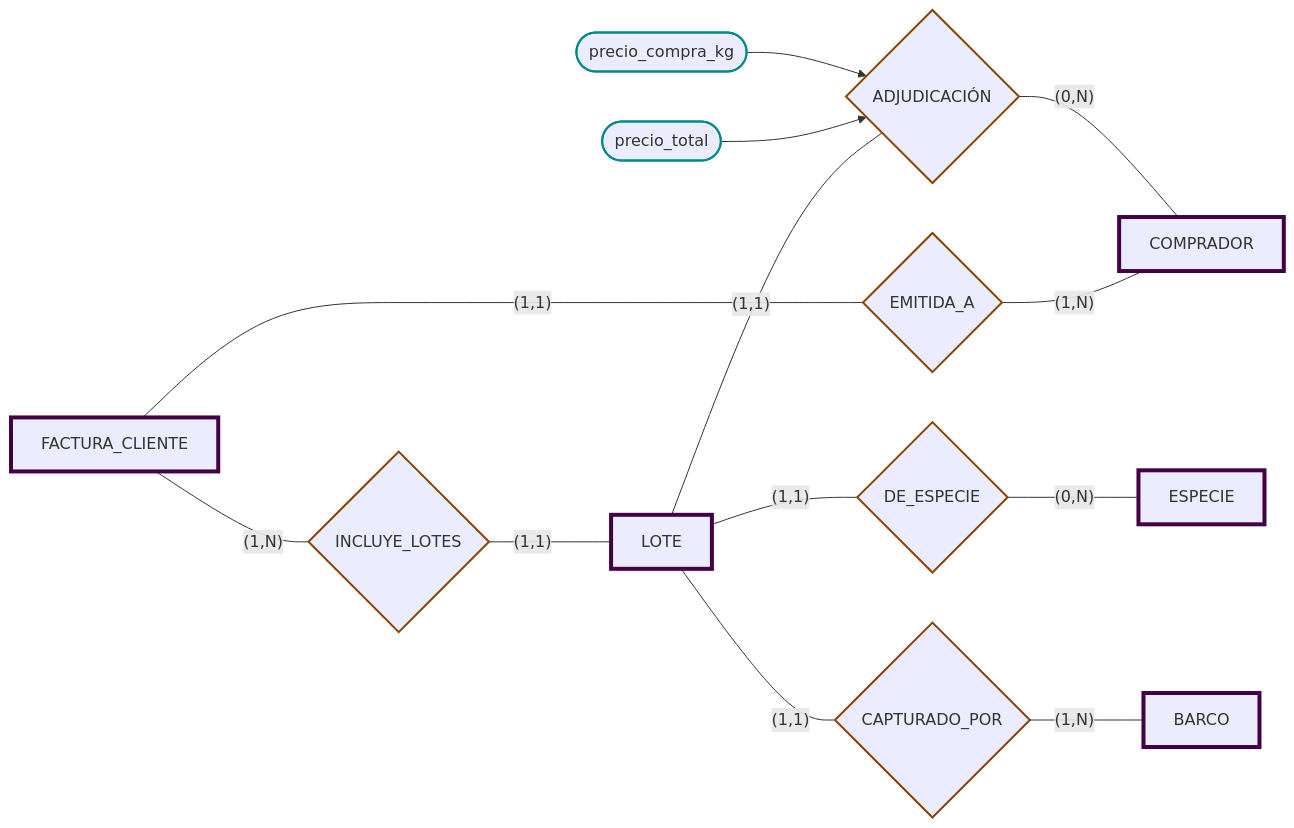
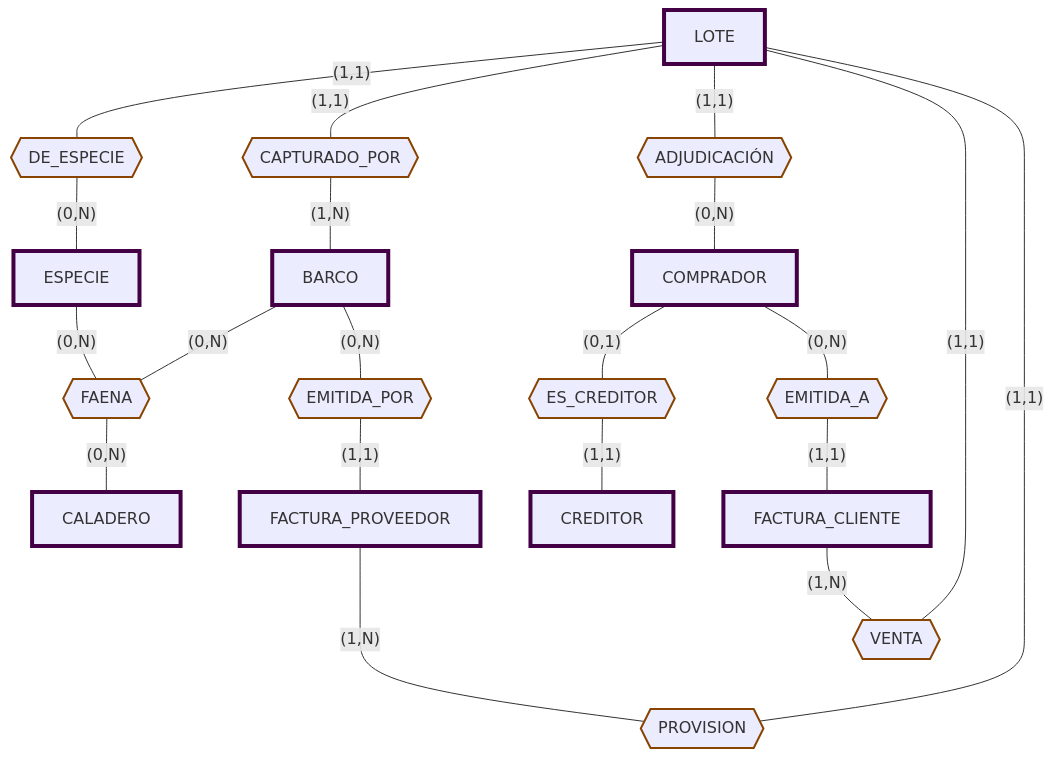
One commit to JulTob/Data changed diagram 12 of 13 in DataBases/lonja_DB.md. Above: the diagram before and after it, drawn with Mermaid. The commit also changed other lines of this file, not shown here.

````diff
--- a/DataBases/lonja_DB.md
+++ b/DataBases/lonja_DB.md
@@ -752,45 +753,65 @@
 ```mermaid
-flowchart LR   
+flowchart TD   
 
   classDef relacion stroke:#840,stroke-width:2px;
   classDef atributo stroke:#088,stroke-width:2px;
   classDef entidad stroke:#404,stroke-width:4px;
 
   %% Entidades
   Lote[LOTE]:::entidad
   Especie[ESPECIE]:::entidad
   Barco[BARCO]:::entidad
+  Caladero[CALADERO]:::entidad
   Comprador[COMPRADOR]:::entidad
+  Creditor[CREDITOR]:::entidad
   FacturaC[FACTURA_CLIENTE]:::entidad
+  FacturaP[FACTURA_PROVEEDOR]:::entidad
 
   %% Relaciones
-  DeEspecie{DE_ESPECIE}:::relacion
-  CapturadoPor{CAPTURADO_POR}:::relacion
-  Adjudicacion{ADJUDICACIÓN}:::relacion
-  EmiteC{EMITIDA_A}:::relacion
-  IncluyeLC{INCLUYE_LOTES}:::relacion
+  DeEspecie{{DE_ESPECIE}}:::relacion
+  CapturadoPor{{CAPTURADO_POR}}:::relacion
+  FaenaRel{{FAENA}}:::relacion
+  Adjudicacion{{ADJUDICACIÓN}}:::relacion
+  EmiteC{{EMITIDA_A}}:::relacion
+  IncluyeC{{VENTA}}:::relacion
+  EmiteP{{EMITIDA_POR}}:::relacion
+  IncluyeP{{PROVISION}}:::relacion
+  EsCredito{{ES_CREDITOR}}:::relacion
 
-
-
-
-  %% Atributos de la RELACIÓN ADJUDICACIÓN
-  precio_compra_kg([precio_compra_kg]):::atributo --> Adjudicacion
-  precio_total([precio_total]):::atributo --> Adjudicacion
-
-  %% Conexiones y cardinalidades
+  %% Lote - Especie (cada lote es de una especie)
   Lote ---|"(1,1)"| DeEspecie
   DeEspecie ---|"(0,N)"| Especie
 
+  %% Lote - Barco (cada lote lo captura un barco)
   Lote ---|"(1,1)"| CapturadoPor
   CapturadoPor ---|"(1,N)"| Barco
 
+  %% Faena ternaria: Barco - Caladero - Especie
+  Barco ---|"(0,N)"| FaenaRel
+  FaenaRel ---|"(0,N)"| Caladero
+  Especie ---|"(0,N)"| FaenaRel
+
+  %% Adjudicación de lotes a compradores
   Lote ---|"(1,1)"| Adjudicacion
   Adjudicacion ---|"(0,N)"| Comprador
 
-  FacturaC ---|"(1,1)"| EmiteC
-  EmiteC ---|"(1,N)"| Comprador
+  %% Especialización Comprador -> Creditor (por predicado)
+  Comprador ---|"(0,1)"| EsCredito
+  EsCredito ---|"(1,1)"| Creditor
 
-  FacturaC ---|"(1,N)"| IncluyeLC
-  IncluyeLC ---|"(1,1)"| Lote
+  %% Facturas de cliente
+  Comprador ---|"(0,N)"| EmiteC
+  EmiteC ---|"(1,1)"| FacturaC
+
+  %% Facturas de proveedor (barcos)
+  Barco ---|"(0,N)"| EmiteP
+  EmiteP ---|"(1,1)"| FacturaP
+
+
+  FacturaC ---|"(1,N)"| IncluyeC
+  Lote ---|"(1,1)"| IncluyeC
+
+  FacturaP ----|"(1,N)"| IncluyeP
+  IncluyeP ----|"(1,1)"| Lote
 
 ```
````
